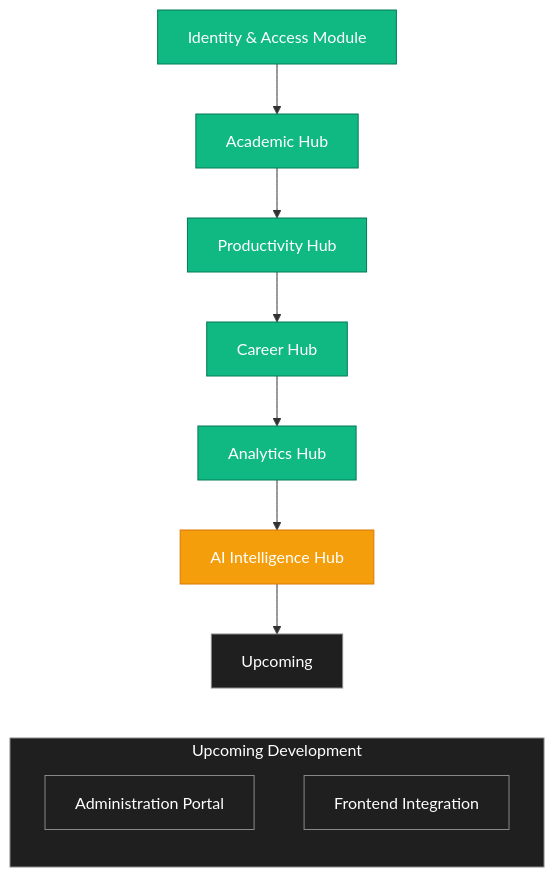
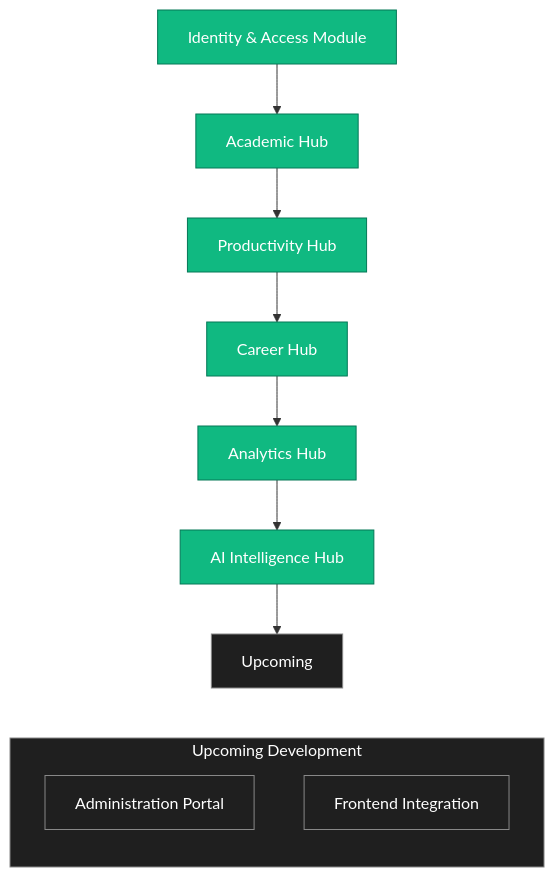
Before and after one commit to sufiyanshaikh06/integrum: diagram 11 of 11 in PROJECT_PROGRESS.md, drawn with Mermaid. The commit also changed other lines of this file and 9 other files, not shown here.

````diff
--- a/PROJECT_PROGRESS.md
+++ b/PROJECT_PROGRESS.md
@@ -349,32 +350,32 @@
 ```mermaid
 flowchart TD
     A[Identity & Access Module] --> B[Academic Hub]
     B --> C[Productivity Hub]
     C --> D[Career Hub]
     D --> E[Analytics Hub]
     E --> F[AI Intelligence Hub]
     F --> I[Upcoming]
 
     subgraph UpcomingDevelopment["Upcoming Development"]
         direction TD
         G[Administration Portal]
         H[Frontend Integration]
     end
 
     %% Force Upcoming Development below the completed flow
     I ~~~ G
 
     style A fill:#10b981,stroke:#047857,color:#fff
     style B fill:#10b981,stroke:#047857,color:#fff
     style C fill:#10b981,stroke:#047857,color:#fff
     style D fill:#10b981,stroke:#047857,color:#fff
     style E fill:#10b981,stroke:#047857,color:#fff
-    style F fill:#f59e0b,stroke:#d97706,color:#fff
+    style F fill:#10b981,stroke:#047857,color:#fff
 
     style I fill:#1f1f1f,stroke:#888,color:#fff
 
     style G fill:#1f1f1f,stroke:#888,color:#fff
     style H fill:#1f1f1f,stroke:#888,color:#fff
 
     style UpcomingDevelopment fill:#1f1f1f,stroke:#888,color:#fff
 ```
````
